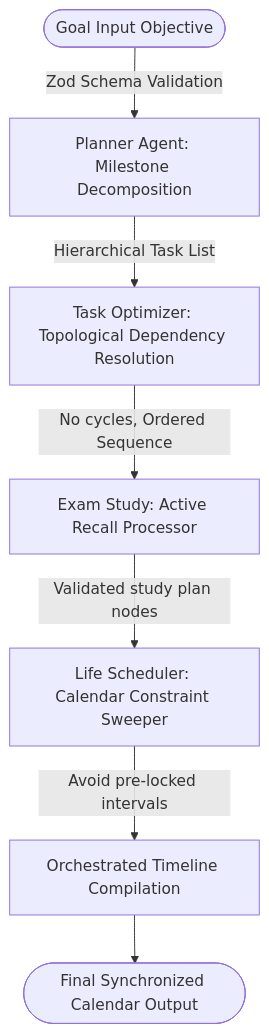
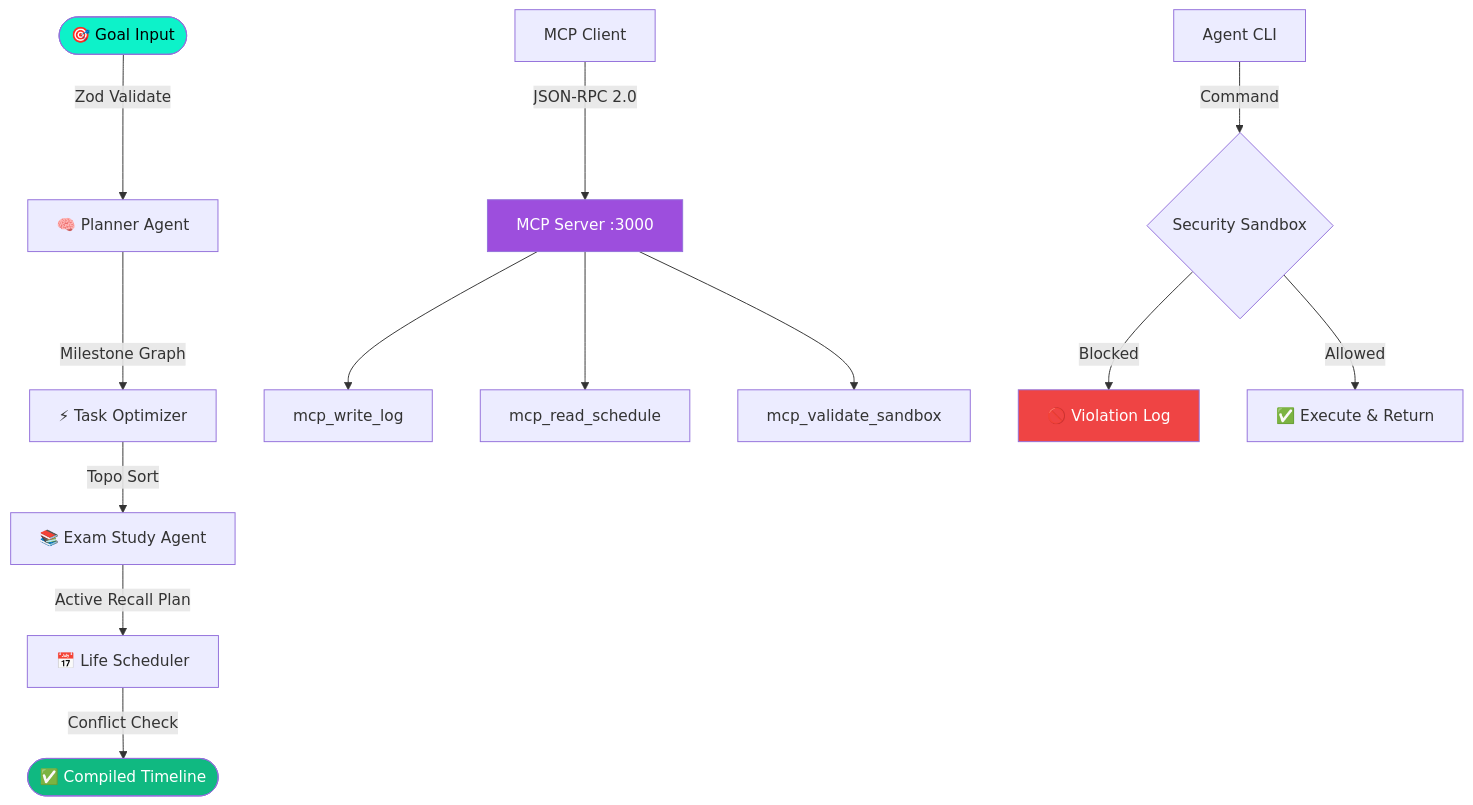
One commit to srijabhattacharyya23-dot/nexusagent-ai changed the diagram in README.md. Above: the diagram before and after it, drawn with Mermaid. The commit also changed other lines of this file and 2 other files, not shown here.

````diff
--- a/README.md
+++ b/README.md
@@ -10,9 +164,22 @@
 ```mermaid
 graph TD
-    Start([Goal Input Objective]) --> |Zod Schema Validation| Planner[Planner Agent: Milestone Decomposition]
-    Planner --> |Hierarchical Task List| Sorter[Task Optimizer: Topological Dependency Resolution]
-    Sorter --> |No cycles, Ordered Sequence| Learn[Exam Study: Active Recall Processor]
-    Learn --> |Validated study plan nodes| Scheduler[Life Scheduler: Calendar Constraint Sweeper]
-    Scheduler --> |Avoid pre-locked intervals| Merge[Orchestrated Timeline Compilation]
-    Merge --> End([Final Synchronized Calendar Output])
+    A([🎯 Goal Input]) -->|Zod Validate| B[🧠 Planner Agent]
+    B -->|Milestone Graph| C[⚡ Task Optimizer]
+    C -->|Topo Sort| D[📚 Exam Study Agent]
+    D -->|Active Recall Plan| E[📅 Life Scheduler]
+    E -->|Conflict Check| F([✅ Compiled Timeline])
+
+    G[MCP Client] -->|JSON-RPC 2.0| H[MCP Server :3000]
+    H --> I[mcp_write_log]
+    H --> J[mcp_read_schedule]
+    H --> K[mcp_validate_sandbox]
+
+    L[Agent CLI] -->|Command| M{Security Sandbox}
+    M -->|Blocked| N[🚫 Violation Log]
+    M -->|Allowed| O[✅ Execute & Return]
+
+    style A fill:#0df2c9,color:#000
+    style F fill:#10b981,color:#fff
+    style N fill:#ef4444,color:#fff
+    style H fill:#9d4edd,color:#fff
 ```
````
